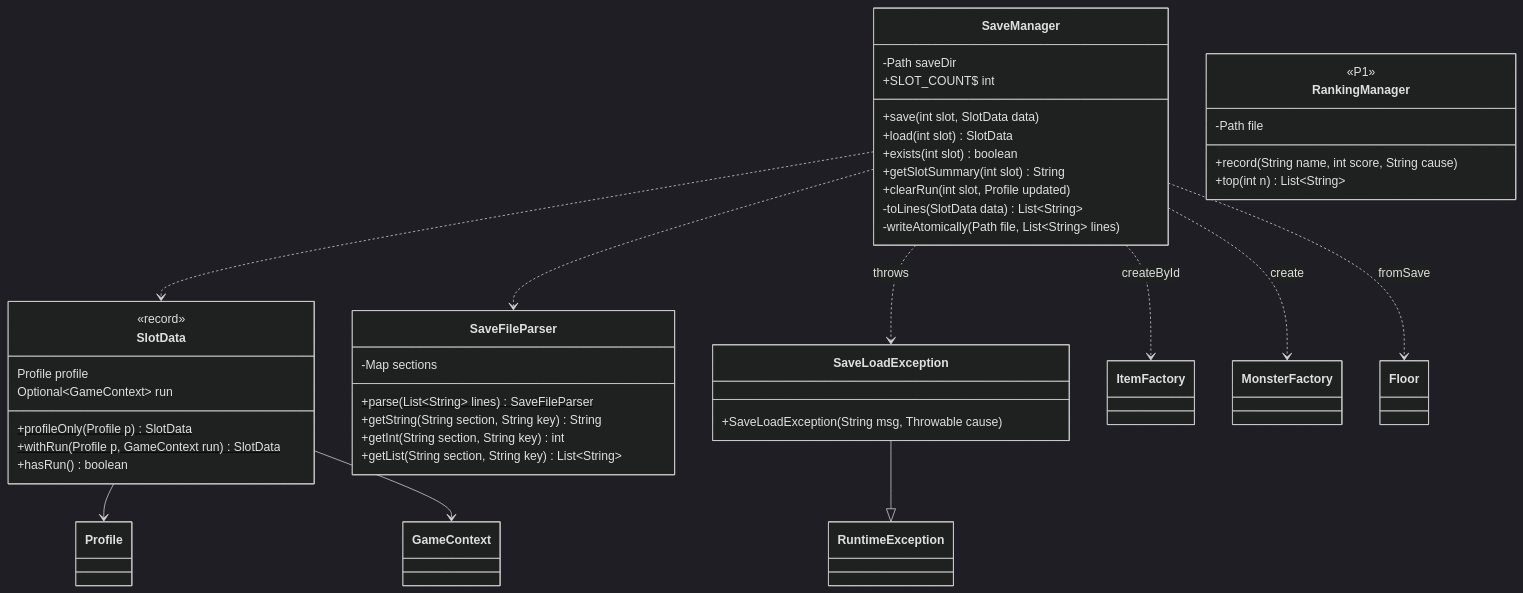
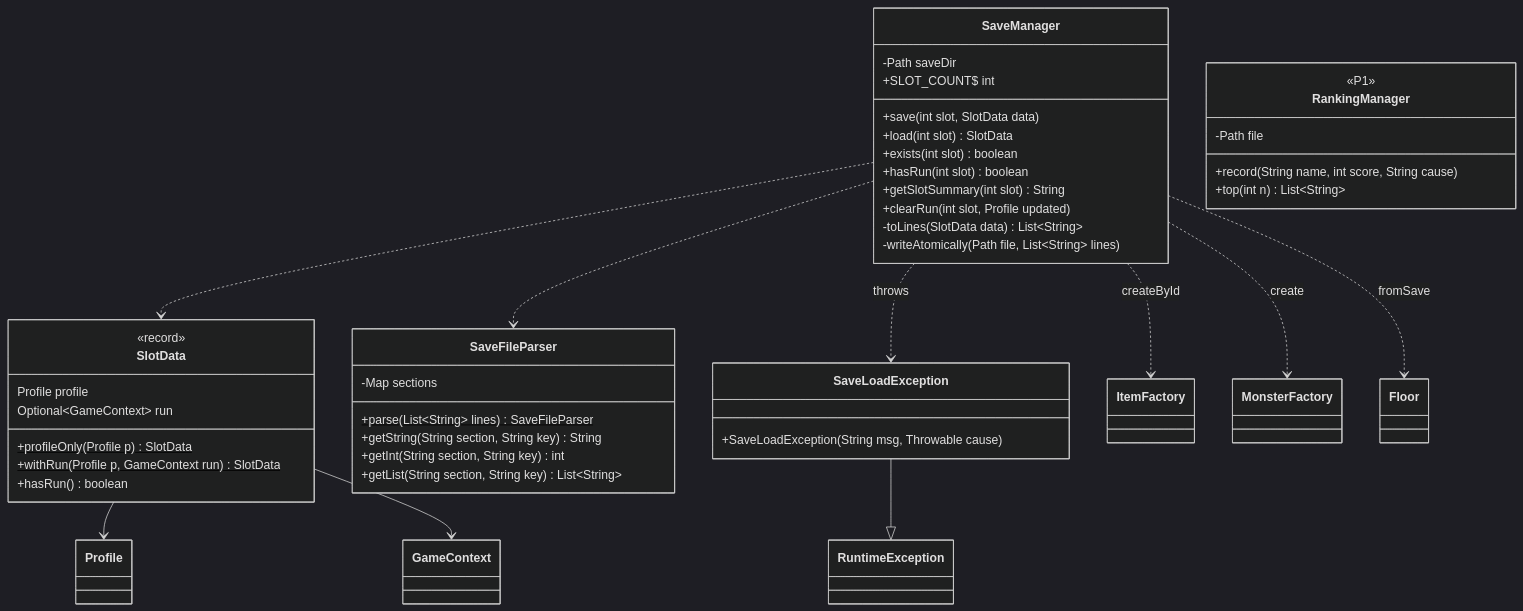
The seventh of 10 diagrams in docs/Class-Diagram.md (likelion-boot-camp-28th/side-project01-team01), drawn with Mermaid (dark theme) before and after one commit. The commit also changed other lines of this file and 27 other files, not shown here.

````diff
--- a/docs/Class-Diagram.md
+++ b/docs/Class-Diagram.md
@@ -933,48 +987,49 @@
 ```mermaid
 classDiagram
     class SaveManager {
         -Path saveDir
         +SLOT_COUNT$ int
         +save(int slot, SlotData data)
         +load(int slot) SlotData
         +exists(int slot) boolean
+        +hasRun(int slot) boolean
         +getSlotSummary(int slot) String
         +clearRun(int slot, Profile updated)
         -toLines(SlotData data) List~String~
         -writeAtomically(Path file, List~String~ lines)
     }
     class SlotData {
         <<record>>
         Profile profile
         Optional~GameContext~ run
         +profileOnly(Profile p)$ SlotData
         +withRun(Profile p, GameContext run)$ SlotData
         +hasRun() boolean
     }
     class SaveFileParser {
         -Map sections
         +parse(List~String~ lines)$ SaveFileParser
         +getString(String section, String key) String
         +getInt(String section, String key) int
         +getList(String section, String key) List~String~
     }
     class SaveLoadException {
         +SaveLoadException(String msg, Throwable cause)
     }
     class RankingManager {
         <<P1>>
         -Path file
         +record(String name, int score, String cause)
         +top(int n) List~String~
     }
 
     SaveManager ..> SlotData
     SaveManager ..> SaveFileParser
     SaveManager ..> SaveLoadException : throws
     SlotData --> Profile
     SlotData --> GameContext
     SaveManager ..> ItemFactory : createById
     SaveManager ..> MonsterFactory : create
     SaveManager ..> Floor : fromSave
     SaveLoadException --|> RuntimeException
 ```
````
